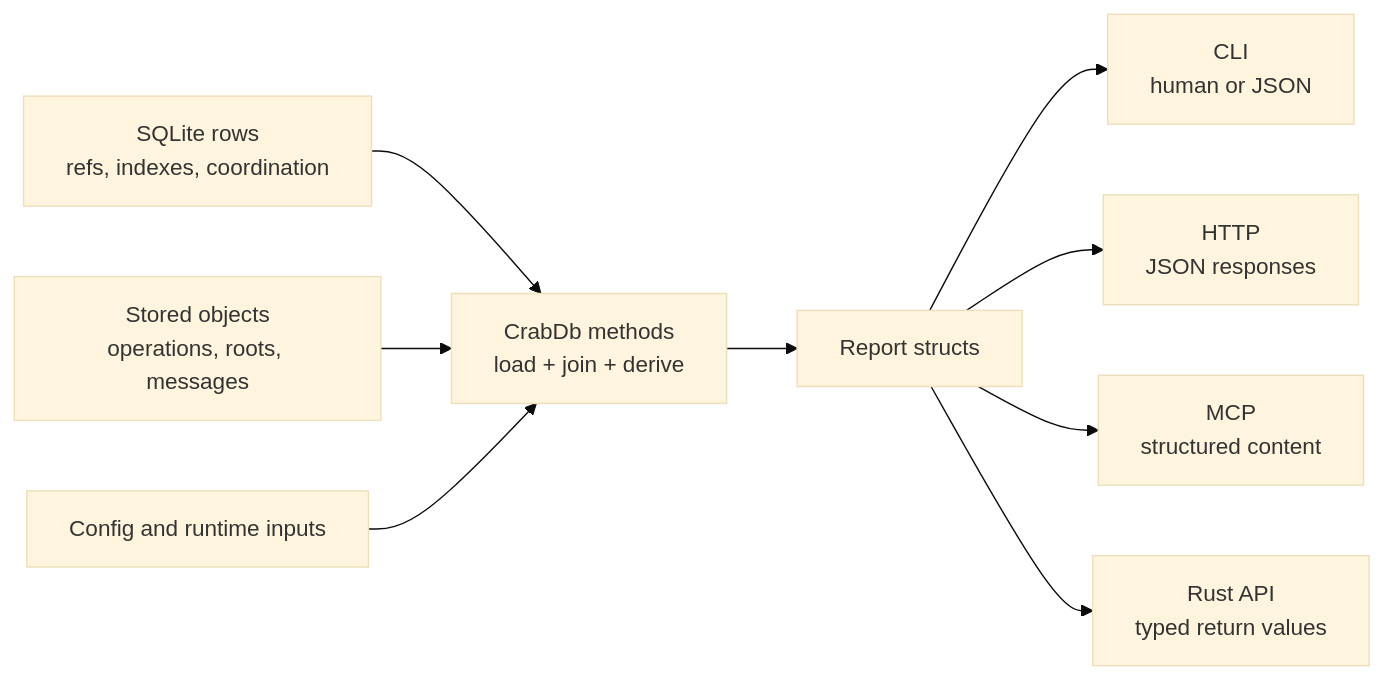
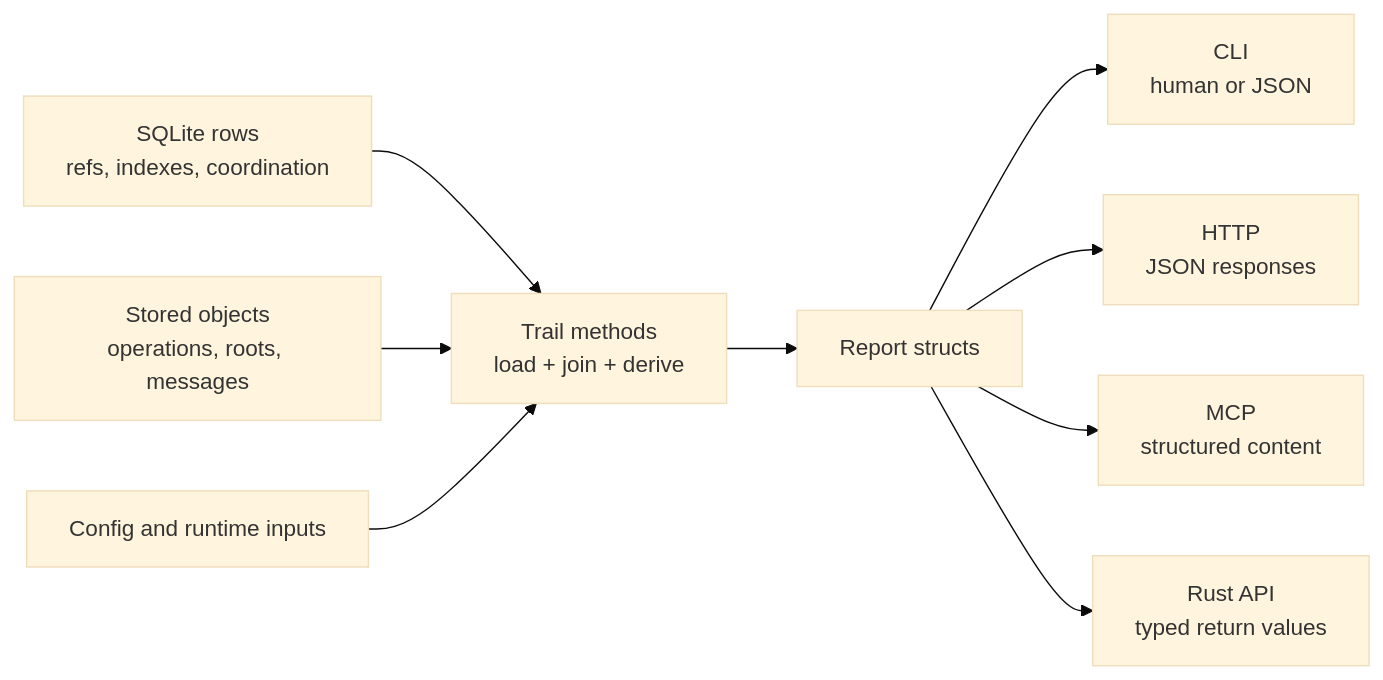
The third of 3 diagrams in docs/design/data-model.md (crabbuild/trail), drawn with Mermaid (base theme) before and after one commit. The commit also changed other lines of this file and 650 other files, not shown here.

Commit message:
chore: rename CrabDB to Trail

````diff
--- a/docs/design/data-model.md
+++ b/docs/design/data-model.md
@@ -207,12 +207,12 @@
 ```mermaid
 flowchart LR
-    Rows["SQLite rows<br/>refs, indexes, coordination"] --> Core["CrabDb methods<br/>load + join + derive"]
+    Rows["SQLite rows<br/>refs, indexes, coordination"] --> Core["Trail methods<br/>load + join + derive"]
     Objects["Stored objects<br/>operations, roots, messages"] --> Core
     Config["Config and runtime inputs"] --> Core
 
     Core --> Reports["Report structs"]
     Reports --> Cli["CLI<br/>human or JSON"]
     Reports --> Http["HTTP<br/>JSON responses"]
     Reports --> Mcp["MCP<br/>structured content"]
     Reports --> Api["Rust API<br/>typed return values"]
 ```
````
